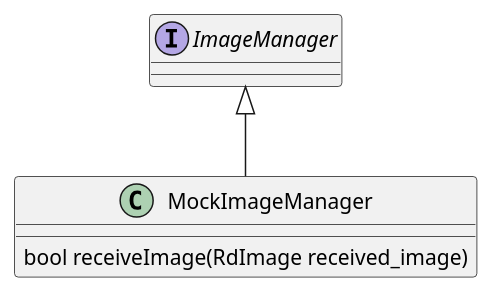
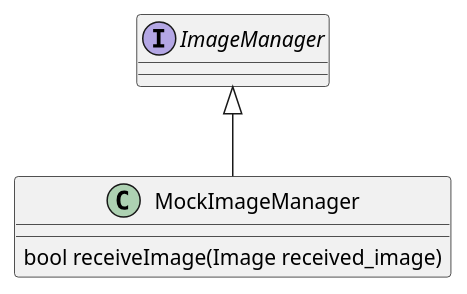
The second of 2 diagrams in en/camera-management/image-manager.md (asrob-uc3m/robotDevastation-developer-manual), drawn with PlantUML before and after one commit. The commit also changed other lines of this file, not shown here.

Commit message:
Fix typo, remove 'Rd' prefix from 'RdImage'

```diff
--- a/en/camera-management/image-manager.md
+++ b/en/camera-management/image-manager.md
@@ -39,8 +39,8 @@
 {% plantuml %}
 class MockImageManager {
-bool receiveImage(RdImage received_image)
+bool receiveImage(Image received_image)
 }
 
 interface ImageManager
 ImageManager <|-- MockImageManager
 {% endplantuml %}
```
